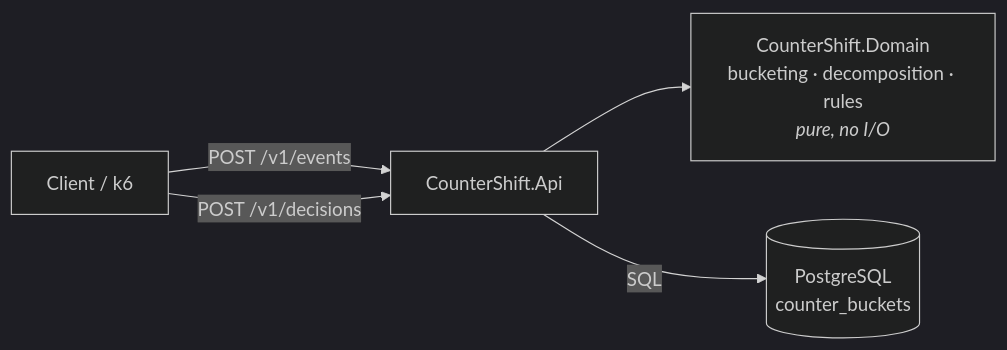
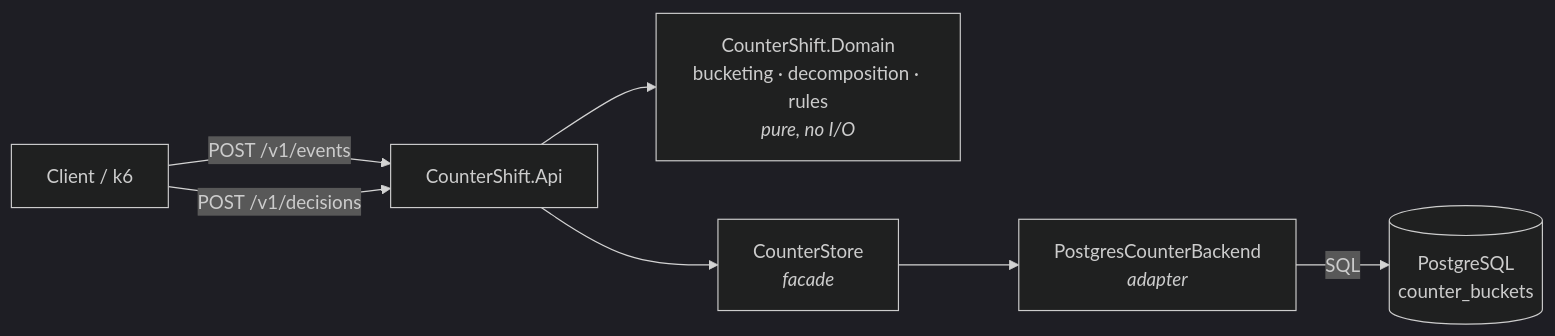
Before and after one commit to Kar6677thik/CounterShift: the diagram in README.md, drawn with Mermaid (dark theme). The commit also changed other lines of this file and 28 other files, not shown here.

First line of the commit message:
M4: branch by abstraction - storage behind ICounterBackend and a CounterStore facade

````diff
--- a/README.md
+++ b/README.md
@@ -11,7 +11,9 @@
 ```mermaid
 flowchart LR
     client[Client / k6] -->|POST /v1/events| api[CounterShift.Api]
     client -->|POST /v1/decisions| api
     api --> domain[CounterShift.Domain<br/>bucketing · decomposition · rules<br/><i>pure, no I/O</i>]
-    api -->|SQL| pg[(PostgreSQL<br/>counter_buckets)]
+    api --> store[CounterStore<br/><i>facade</i>]
+    store --> pgb[PostgresCounterBackend<br/><i>adapter</i>]
+    pgb -->|SQL| pg[(PostgreSQL<br/>counter_buckets)]
 ```
````
